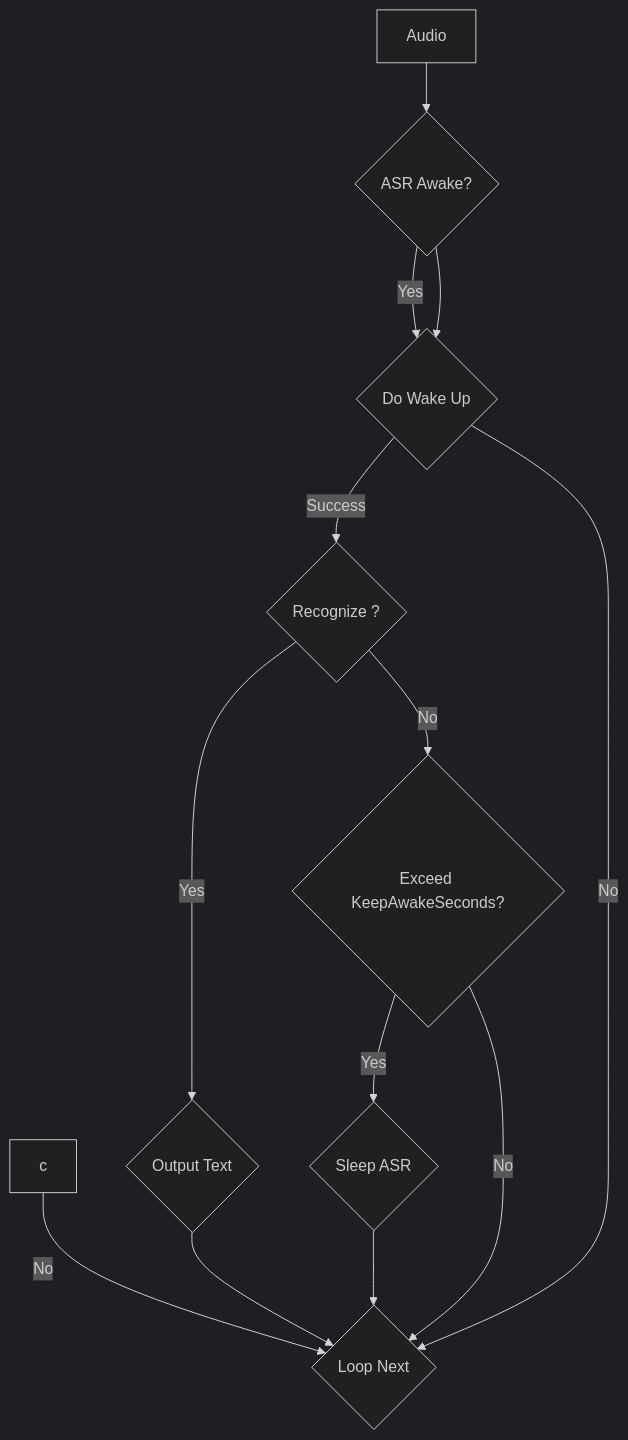
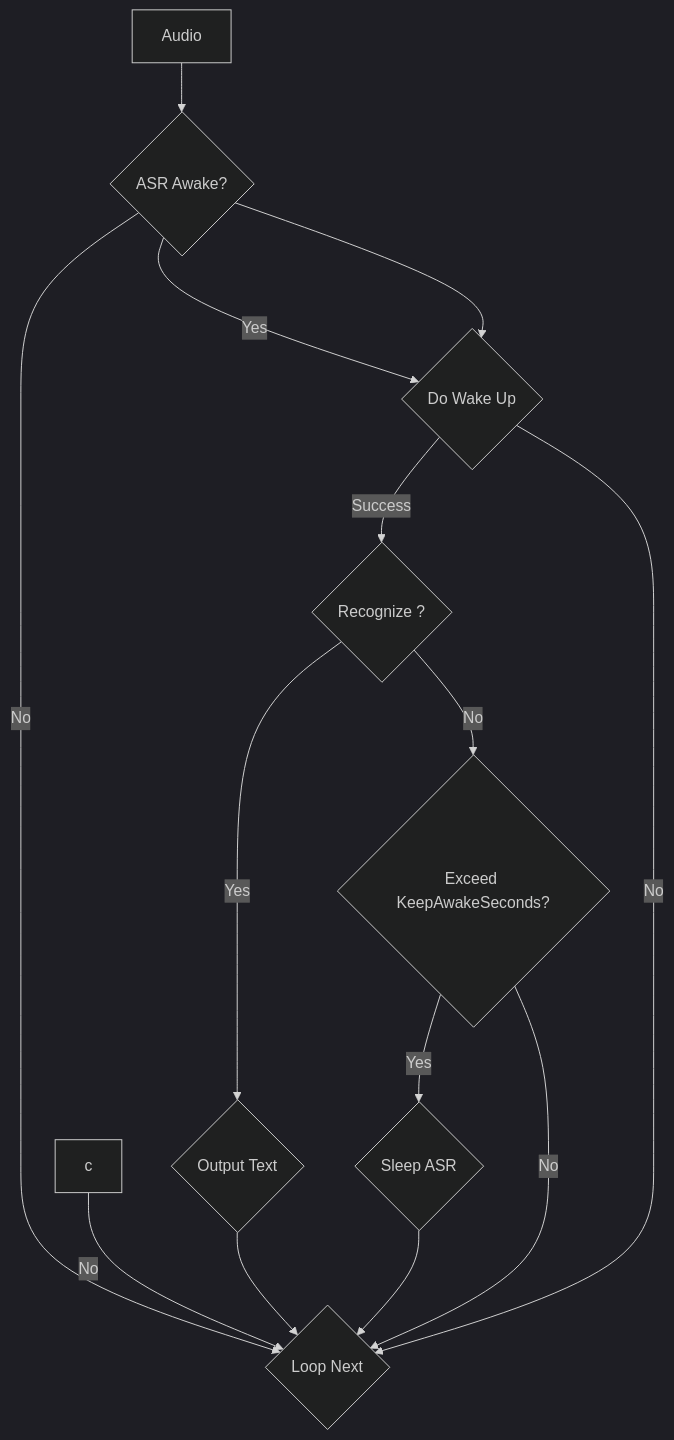
The diagram in docs/speech/wakeup.md (endink/Mediapipe4u-plugin), drawn with Mermaid (dark theme) before and after one commit.

````diff
--- a/docs/speech/wakeup.md
+++ b/docs/speech/wakeup.md
@@ -63,20 +63,21 @@
 ``` mermaid
 graph TD
   A[Audio] --> B{ASR Awake?};
   B --> |Yes| C{ASR};
+  B --> |No| H{Loop Next}
   B --> C{Do Wake Up};
   C --> |Success| D{Recognize ?}
-  c --> |No| H{Loop Next}
+  c --> |No| H
 
   D -->|Yes| E{Output Text};
   E --> H
  
   D -->|No| F{Exceed KeepAwakeSeconds?};
 
   F --> |Yes| G{Sleep ASR}
   G --> H
   F --> |No| H
   
   C ---->|No| H;
   
 ```
````
